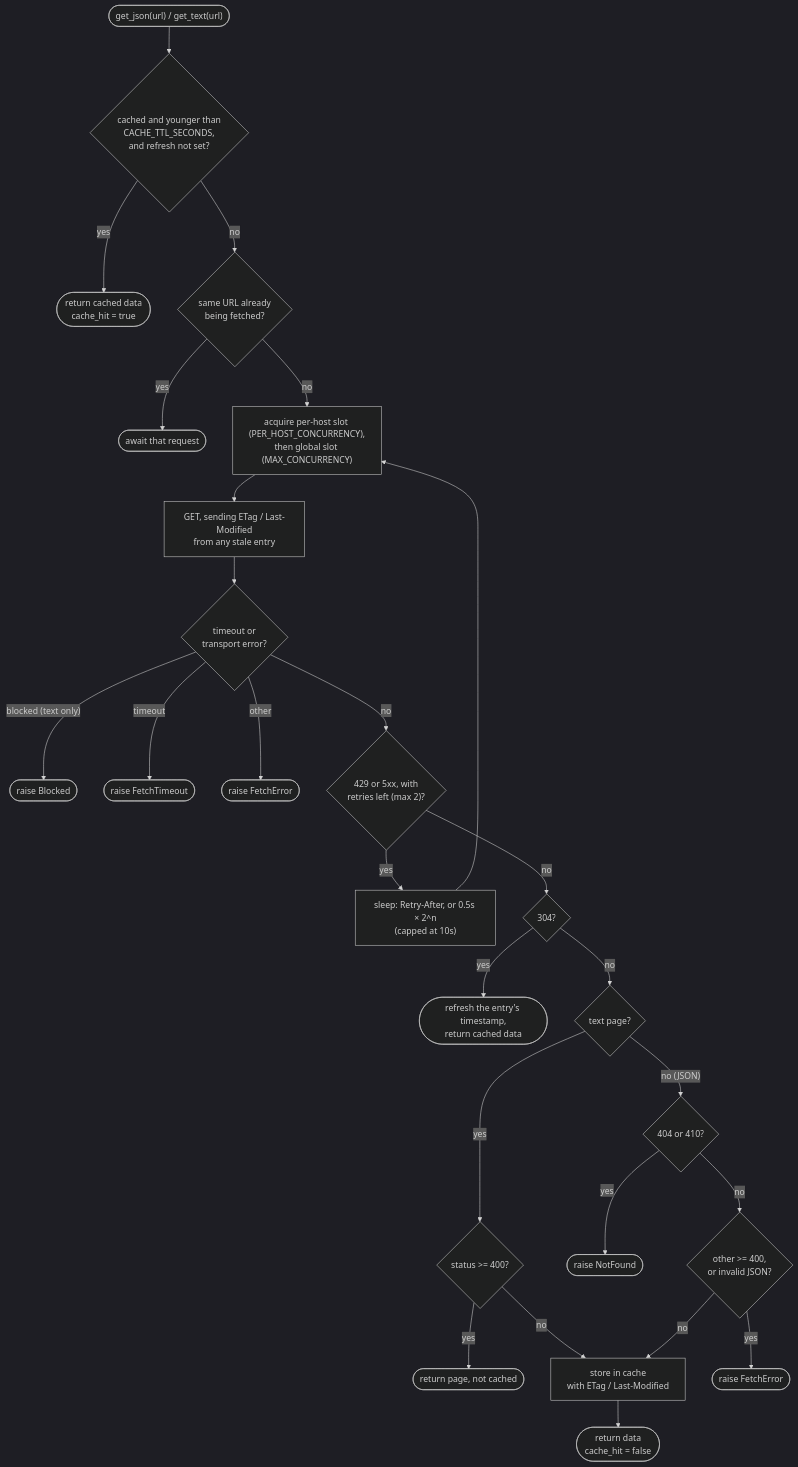
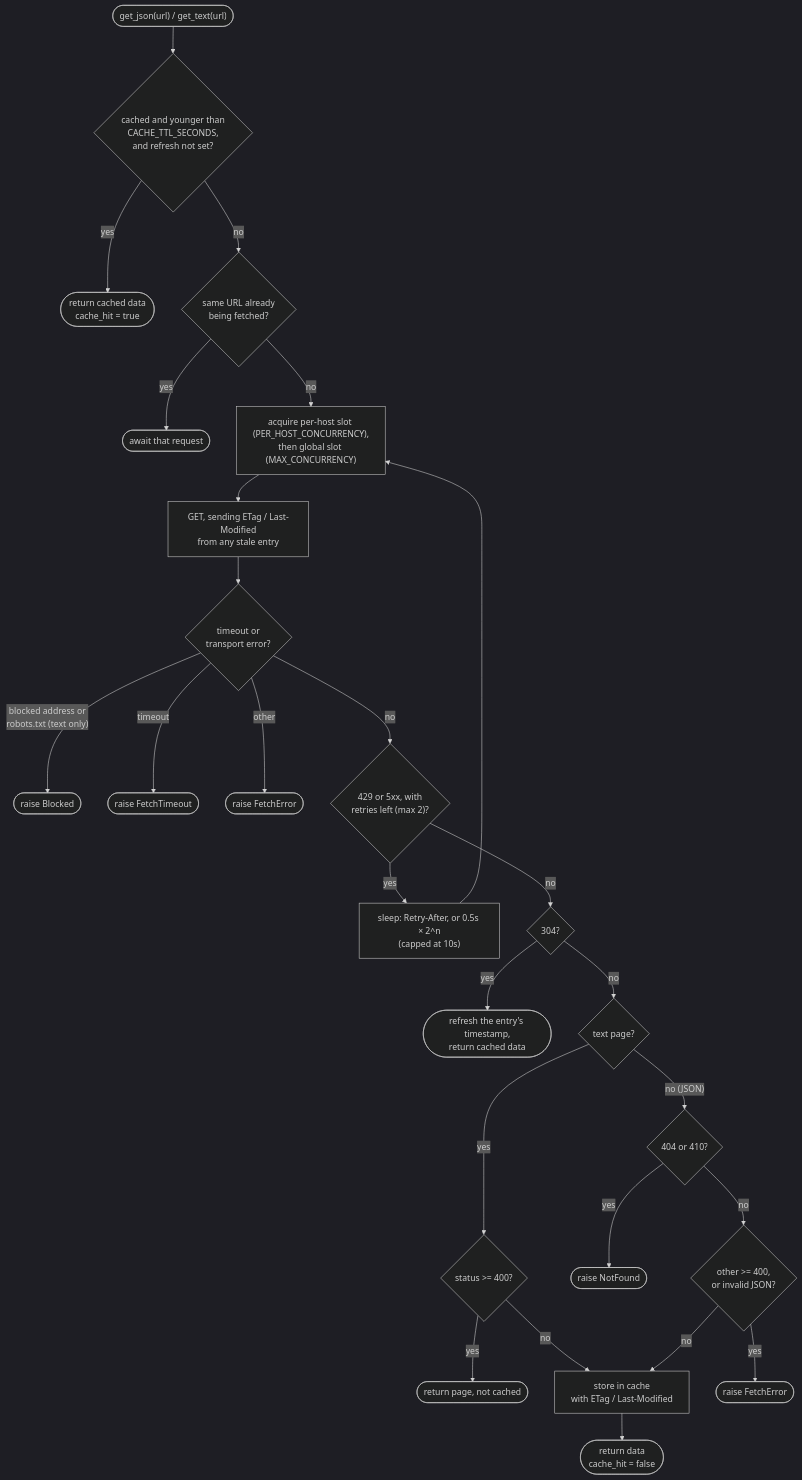
One commit to HakujouRyu/jobboard-mcp changed the fourth of 7 diagrams in docs/architecture.md. Above: the diagram before and after it, drawn with Mermaid (dark theme). The commit also changed other lines of this file and 12 other files, not shown here.

First line of the commit message:
Check robots.txt before every careers-page request

````diff
--- a/docs/architecture.md
+++ b/docs/architecture.md
@@ -174,27 +176,27 @@
 ```mermaid
 flowchart TD
     start(["get_json(url) / get_text(url)"]) --> fresh{"cached and younger than<br/>CACHE_TTL_SECONDS,<br/>and refresh not set?"}
     fresh -- yes --> hit(["return cached data<br/>cache_hit = true"])
     fresh -- no --> inflight{"same URL already<br/>being fetched?"}
     inflight -- yes --> join(["await that request"])
     inflight -- no --> slots["acquire per-host slot (PER_HOST_CONCURRENCY),<br/>then global slot (MAX_CONCURRENCY)"]
     slots --> send["GET, sending ETag / Last-Modified<br/>from any stale entry"]
     send --> exc{"timeout or<br/>transport error?"}
-    exc -- "blocked (text only)" --> fb(["raise Blocked"])
+    exc -- "blocked address or<br/>robots.txt (text only)" --> fb(["raise Blocked"])
     exc -- timeout --> ft(["raise FetchTimeout"])
     exc -- other --> fe(["raise FetchError"])
     exc -- no --> retry{"429 or 5xx, with<br/>retries left (max 2)?"}
     retry -- yes --> wait["sleep: Retry-After, or 0.5s × 2^n<br/>(capped at 10s)"] --> slots
     retry -- no --> s304{"304?"}
     s304 -- yes --> renew(["refresh the entry's timestamp,<br/>return cached data"])
     s304 -- no --> kind{"text page?"}
     kind -- yes --> page{"status >= 400?"}
     page -- yes --> nocache(["return page, not cached"])
     page -- no --> store
     kind -- "no (JSON)" --> j404{"404 or 410?"}
     j404 -- yes --> nf(["raise NotFound"])
     j404 -- no --> j4xx{"other >= 400,<br/>or invalid JSON?"}
     j4xx -- yes --> fe2(["raise FetchError"])
     j4xx -- no --> store["store in cache<br/>with ETag / Last-Modified"]
     store --> done(["return data<br/>cache_hit = false"])
 ```
````
